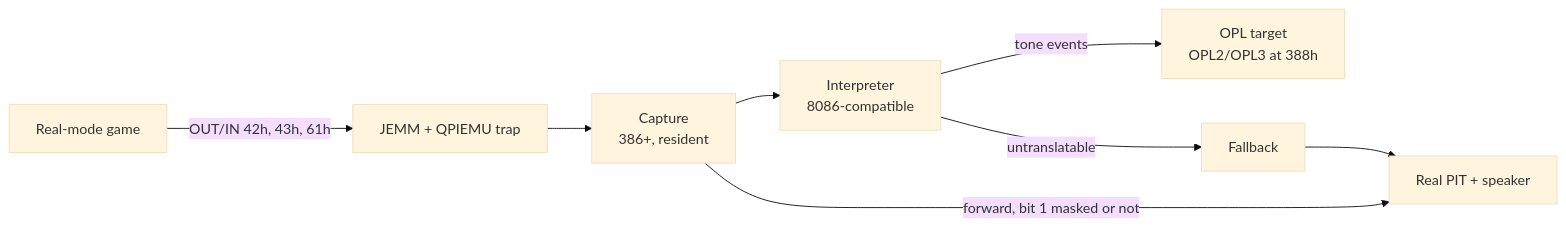
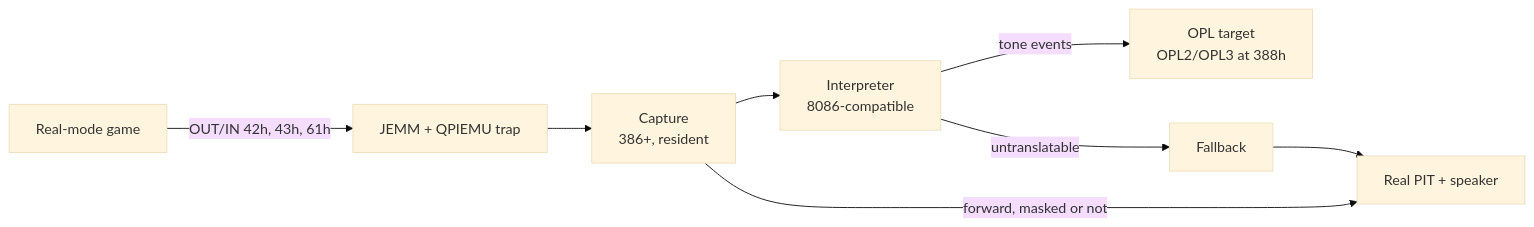
The diagram in AGENTS.md (MetalHexx/rebeep), drawn with Mermaid (base theme) before and after one commit. The commit also changed other lines of this file and 111 other files, not shown here.

````diff
--- a/AGENTS.md
+++ b/AGENTS.md
@@ -58,10 +62,10 @@
 ```mermaid
 flowchart LR
   G[Real-mode game] -- "OUT/IN 42h, 43h, 61h" --> J[JEMM + QPIEMU trap]
   J --> C[Capture<br/>386+, resident]
   C --> I[Interpreter<br/>8086-compatible]
   I -- tone events --> O[OPL target<br/>OPL2/OPL3 at 388h]
   I -- untranslatable --> F[Fallback]
-  C -- "forward, bit 1 masked or not" --> H[Real PIT + speaker]
+  C -- "forward, masked or not" --> H[Real PIT + speaker]
   F --> H
 ```
````
